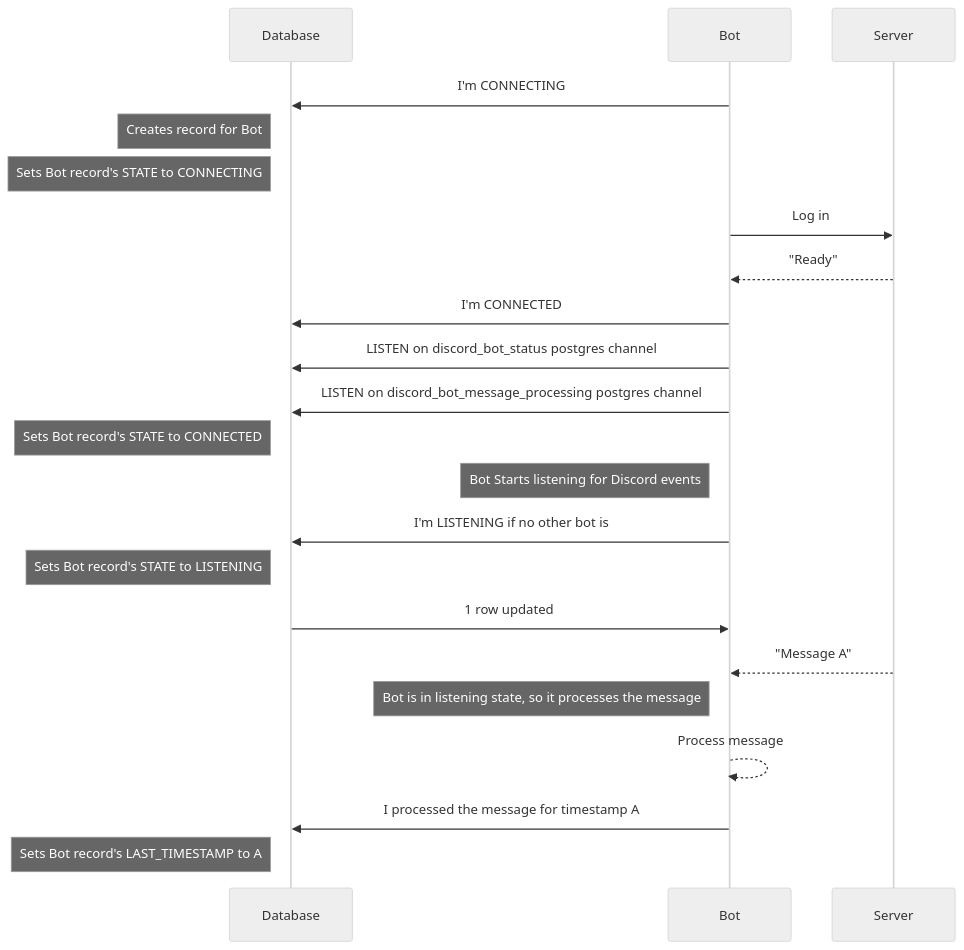
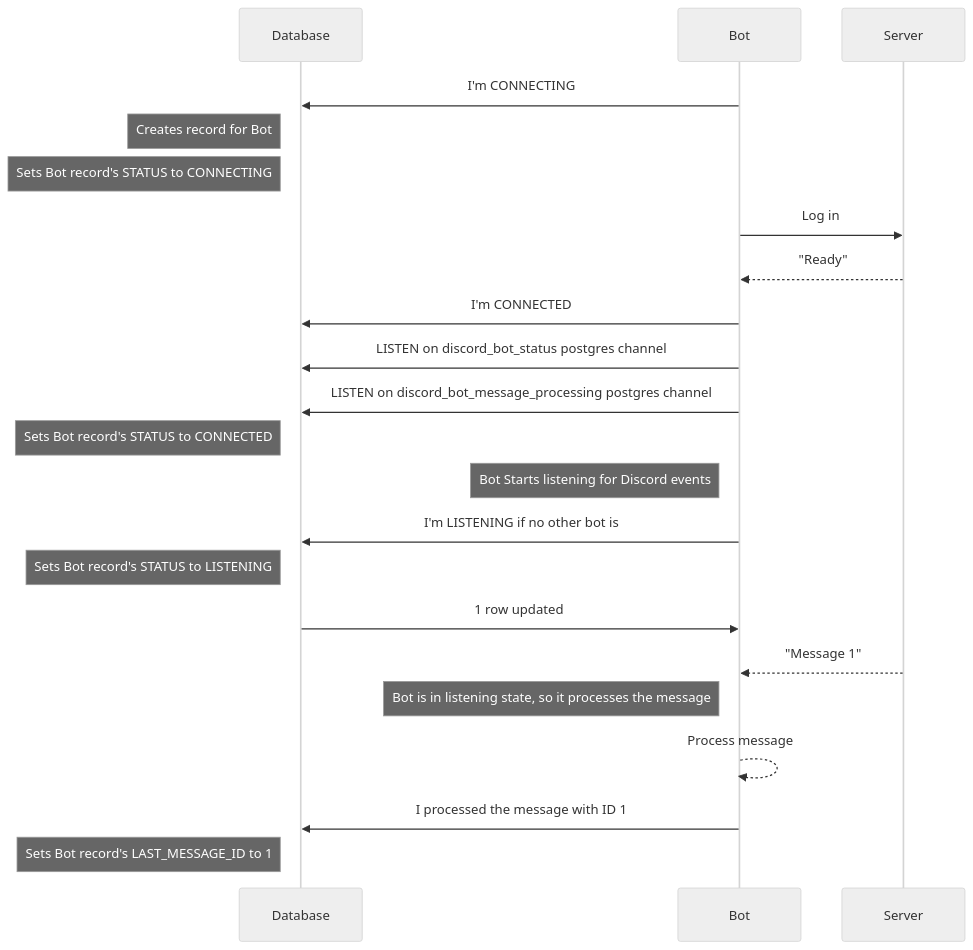
Before and after one commit to cardstack/cardstack: the first of 4 diagrams in packages/discord-bot/docs/multiple-bot-instances-sequence-diagram.md, drawn with Mermaid (neutral theme). The commit also changed other lines of this file, not shown here.

Commit message:
Update sequence diagrams

````diff
--- a/packages/discord-bot/docs/multiple-bot-instances-sequence-diagram.md
+++ b/packages/discord-bot/docs/multiple-bot-instances-sequence-diagram.md
@@ -15,26 +15,26 @@
 ```mermaid
 sequenceDiagram
     participant Database
     participant Bot
     participant Server
 
     Bot->>Database: I'm CONNECTING
     Note left of Database: Creates record for Bot
-    Note left of Database: Sets Bot record's STATE to CONNECTING
+    Note left of Database: Sets Bot record's STATUS to CONNECTING
     Bot->>Server: Log in
     Server-->>Bot: "Ready"
     Bot->>Database: I'm CONNECTED
     Bot->>Database: LISTEN on discord_bot_status postgres channel
     Bot->>Database: LISTEN on discord_bot_message_processing postgres channel
-    Note left of Database: Sets Bot record's STATE to CONNECTED
+    Note left of Database: Sets Bot record's STATUS to CONNECTED
     Note left of Bot: Bot Starts listening for Discord events
     Bot->>Database: I'm LISTENING if no other bot is
-    Note left of Database: Sets Bot record's STATE to LISTENING
+    Note left of Database: Sets Bot record's STATUS to LISTENING
     Database->>Bot: 1 row updated
 
-    Server-->>Bot: "Message A"
+    Server-->>Bot: "Message 1"
     Note left of Bot: Bot is in listening state, so it processes the message
     Bot-->>Bot: Process message
-    Bot->>Database: I processed the message for timestamp A
-    Note left of Database: Sets Bot record's LAST_TIMESTAMP to A
+    Bot->>Database: I processed the message with ID 1
+    Note left of Database: Sets Bot record's LAST_MESSAGE_ID to 1
 ```
````
